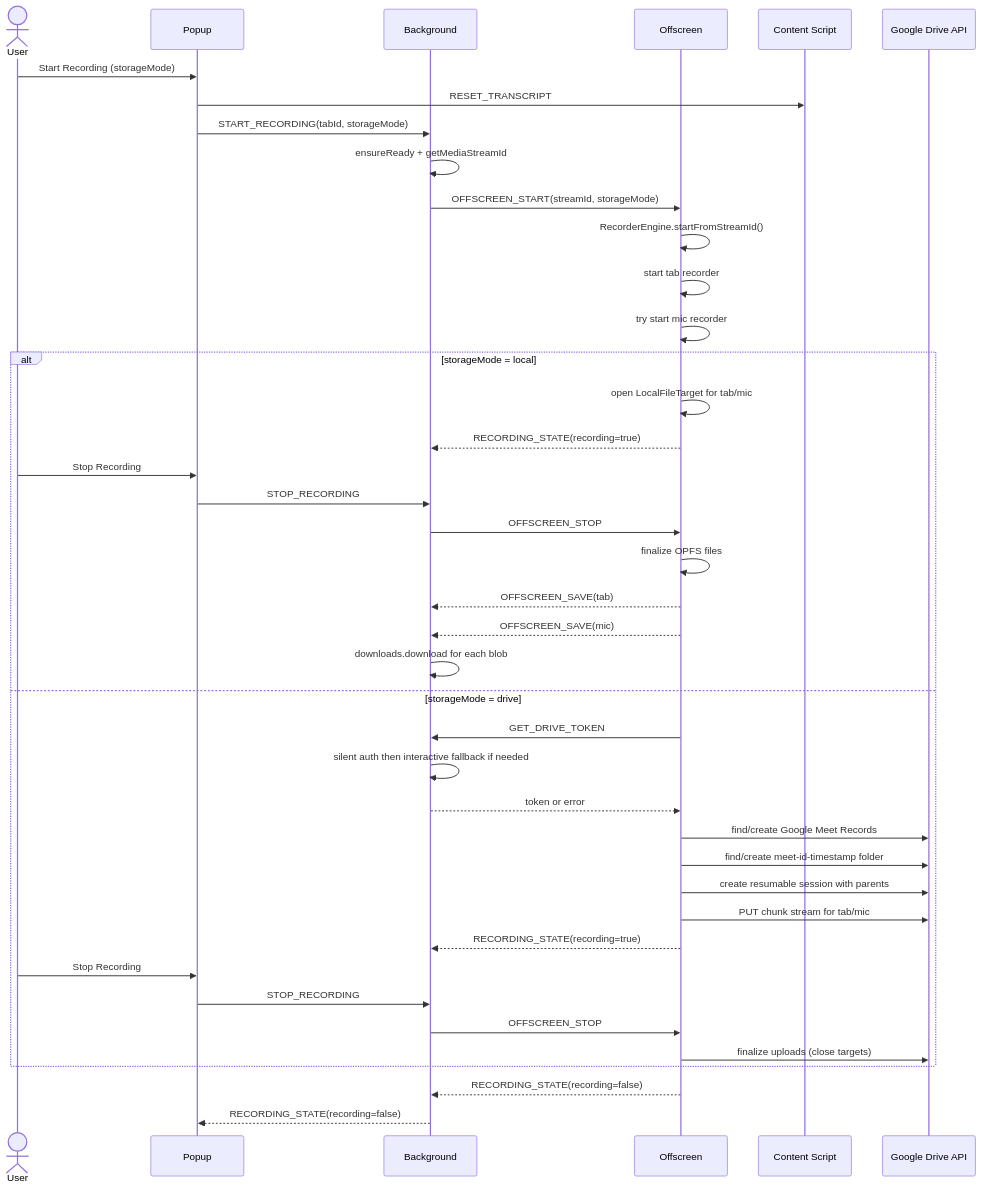
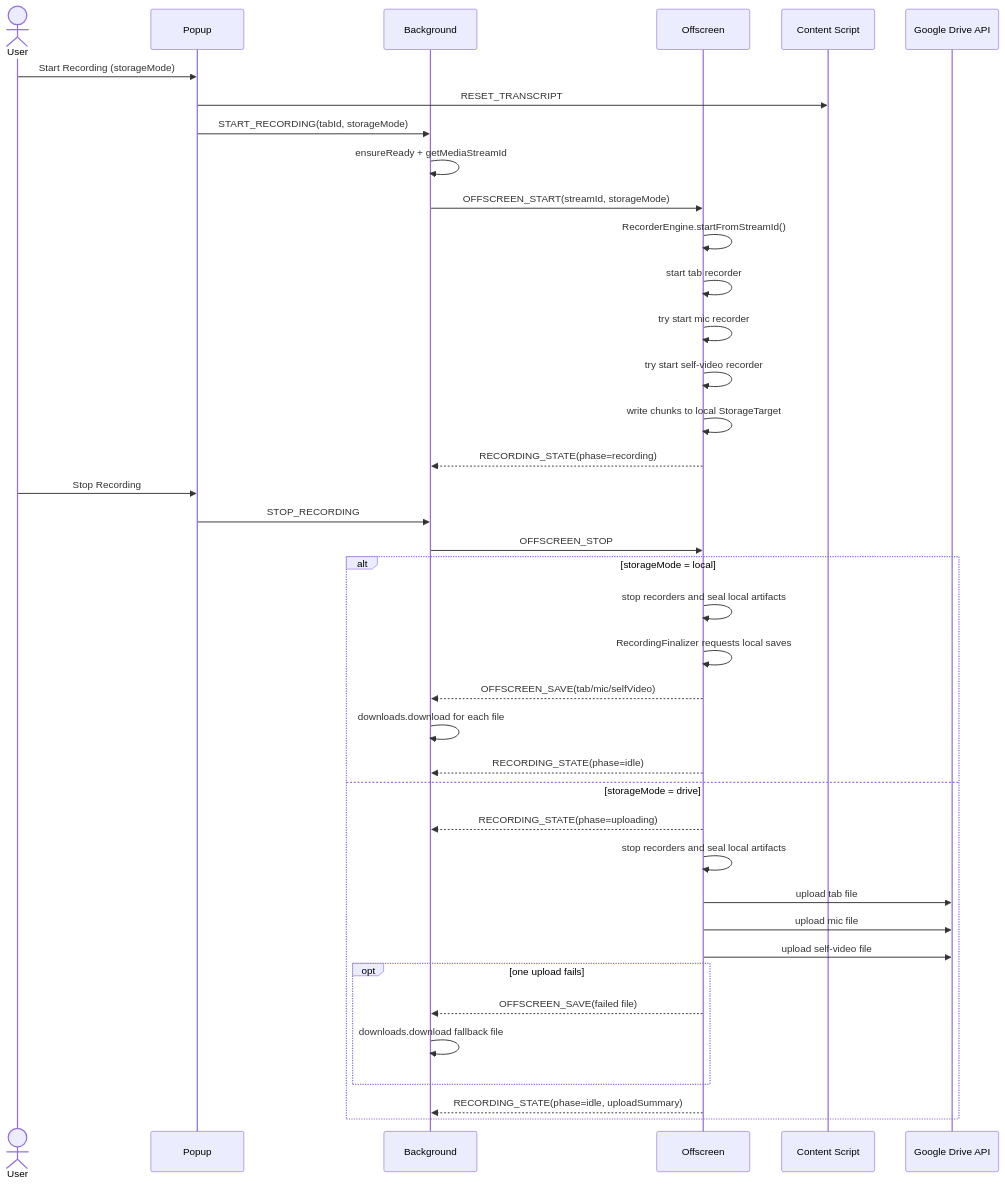
Before and after one commit to kstroevsky/chrome-meeting-recording-extension: the second of 9 diagrams in Documentation.md, drawn with Mermaid. The commit also changed other lines of this file, not shown here.

Commit message:
Docs: Google Drive logic

````diff
--- a/Documentation.md
+++ b/Documentation.md
@@ -127,47 +155,45 @@
 ```mermaid
 sequenceDiagram
     actor User
     participant P as Popup
     participant B as Background
     participant O as Offscreen
     participant C as Content Script
     participant G as Google Drive API
 
     User->>P: Start Recording (storageMode)
     P->>C: RESET_TRANSCRIPT
     P->>B: START_RECORDING(tabId, storageMode)
     B->>B: ensureReady + getMediaStreamId
     B->>O: OFFSCREEN_START(streamId, storageMode)
 
     O->>O: RecorderEngine.startFromStreamId()
     O->>O: start tab recorder
     O->>O: try start mic recorder
+    O->>O: try start self-video recorder
+    O->>O: write chunks to local StorageTarget
+    O-->>B: RECORDING_STATE(phase=recording)
+
+    User->>P: Stop Recording
+    P->>B: STOP_RECORDING
+    B->>O: OFFSCREEN_STOP
 
     alt storageMode = local
-        O->>O: open LocalFileTarget for tab/mic
-        O-->>B: RECORDING_STATE(recording=true)
-        User->>P: Stop Recording
-        P->>B: STOP_RECORDING
-        B->>O: OFFSCREEN_STOP
-        O->>O: finalize OPFS files
-        O-->>B: OFFSCREEN_SAVE(tab)
-        O-->>B: OFFSCREEN_SAVE(mic)
-        B->>B: downloads.download for each blob
+        O->>O: stop recorders and seal local artifacts
+        O->>O: RecordingFinalizer requests local saves
+        O-->>B: OFFSCREEN_SAVE(tab/mic/selfVideo)
+        B->>B: downloads.download for each file
+        O-->>B: RECORDING_STATE(phase=idle)
     else storageMode = drive
-        O->>B: GET_DRIVE_TOKEN
-        B->>B: silent auth then interactive fallback if needed
-        B-->>O: token or error
-        O->>G: find/create Google Meet Records
-        O->>G: find/create meet-id-timestamp folder
-        O->>G: create resumable session with parents
-        O->>G: PUT chunk stream for tab/mic
-        O-->>B: RECORDING_STATE(recording=true)
-        User->>P: Stop Recording
-        P->>B: STOP_RECORDING
-        B->>O: OFFSCREEN_STOP
-        O->>G: finalize uploads (close targets)
+        O-->>B: RECORDING_STATE(phase=uploading)
+        O->>O: stop recorders and seal local artifacts
+        O->>G: upload tab file
+        O->>G: upload mic file
+        O->>G: upload self-video file
+        opt one upload fails
+            O-->>B: OFFSCREEN_SAVE(failed file)
+            B->>B: downloads.download fallback file
+        end
+        O-->>B: RECORDING_STATE(phase=idle, uploadSummary)
     end
-
-    O-->>B: RECORDING_STATE(recording=false)
-    B-->>P: RECORDING_STATE(recording=false)
 ```
````
